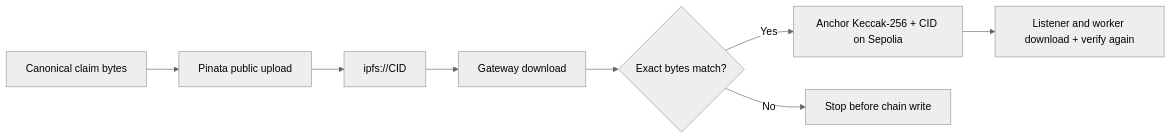
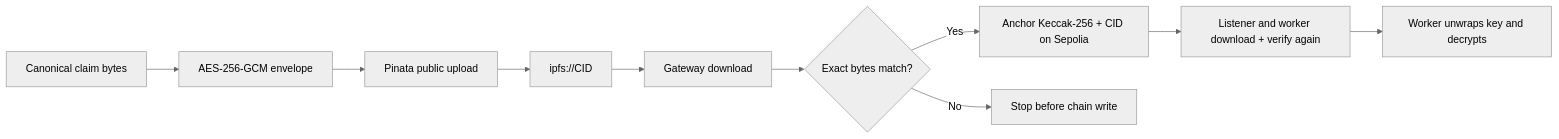
One commit to ganesh1997oli/Decentralized-Claims-Registry changed the diagram in packages/integrations/ipfs/README.md. Above: the diagram before and after it, drawn with Mermaid (neutral theme). The commit also changed other lines of this file and 64 other files, not shown here.

````diff
--- a/packages/integrations/ipfs/README.md
+++ b/packages/integrations/ipfs/README.md
@@ -8,10 +9,12 @@
 ```mermaid
 flowchart LR
-    Canonical["Canonical claim bytes"] --> Upload["Pinata public upload"]
+    Canonical["Canonical claim bytes"] --> Encrypt["AES-256-GCM envelope"]
+    Encrypt --> Upload["Pinata public upload"]
     Upload --> CID["ipfs://CID"]
     CID --> Read["Gateway download"]
     Read --> Compare{"Exact bytes match?"}
     Compare -->|Yes| Anchor["Anchor Keccak-256 + CID on Sepolia"]
     Compare -->|No| Stop["Stop before chain write"]
     Anchor --> Later["Listener and worker download + verify again"]
+    Later --> Decrypt["Worker unwraps key and decrypts"]
 ```
````
